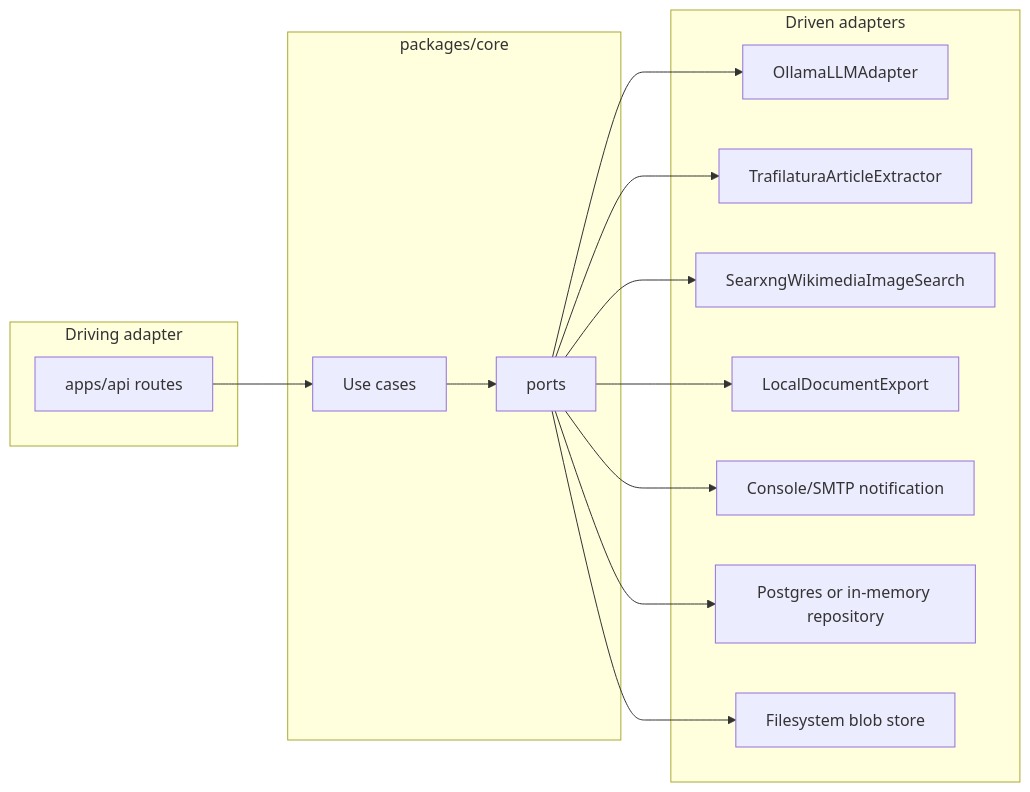
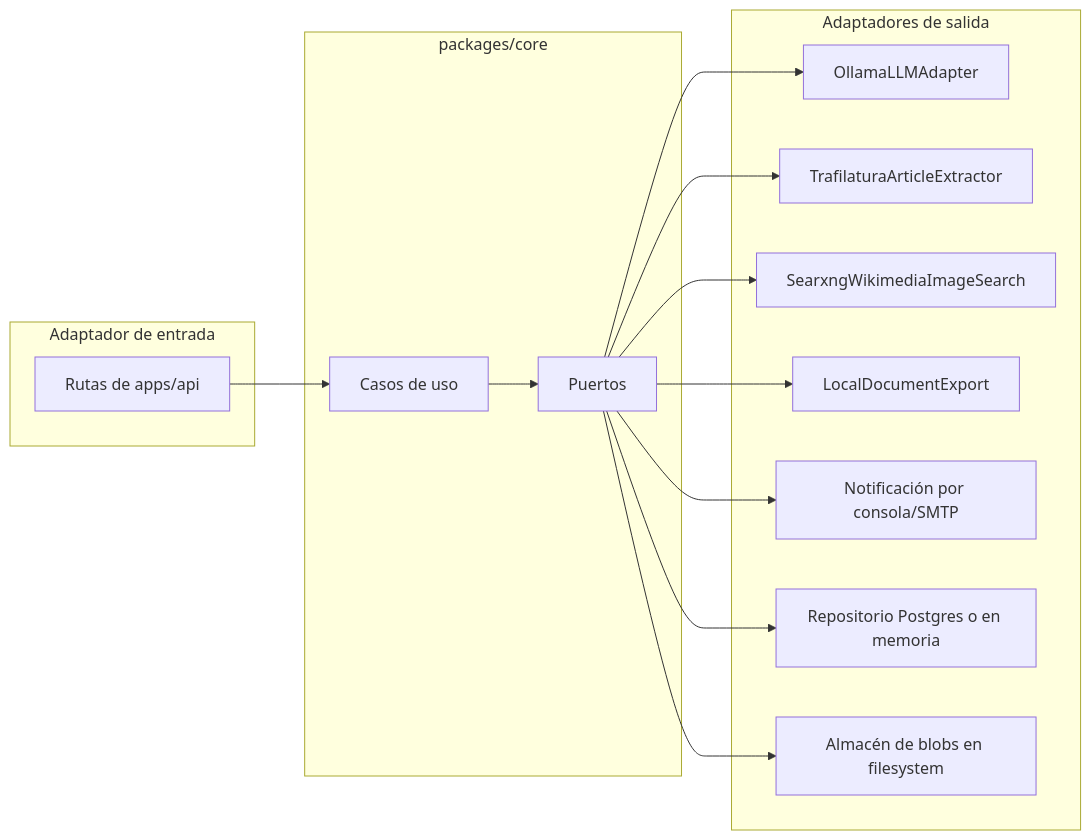
One commit to Eduardo12Pacheco/automatizacion-video-noticias changed the second of 2 diagrams in docs/ARCHITECTURE.md. Above: the diagram before and after it, drawn with Mermaid. The commit also changed other lines of this file and 23 other files, not shown here.

````diff
--- a/docs/ARCHITECTURE.md
+++ b/docs/ARCHITECTURE.md
@@ -105,31 +107,31 @@
 ```mermaid
 flowchart LR
-    subgraph Driving["Driving adapter"]
-        HTTP["apps/api routes"]
+    subgraph Driving["Adaptador de entrada"]
+        HTTP["Rutas de apps/api"]
     end
 
     subgraph Core["packages/core"]
-        UC["Use cases"]
-        P["ports"]
+        UC["Casos de uso"]
+        P["Puertos"]
     end
 
-    subgraph Driven["Driven adapters"]
+    subgraph Driven["Adaptadores de salida"]
         Ollama["OllamaLLMAdapter"]
         Extract["TrafilaturaArticleExtractor"]
         Search["SearxngWikimediaImageSearch"]
         Export["LocalDocumentExport"]
-        Mail["Console/SMTP notification"]
-        Repo["Postgres or in-memory repository"]
-        Blob["Filesystem blob store"]
+        Mail["Notificación por consola/SMTP"]
+        Repo["Repositorio Postgres o en memoria"]
+        Blob["Almacén de blobs en filesystem"]
     end
 
     HTTP --> UC
     UC --> P
     P --> Ollama
     P --> Extract
     P --> Search
     P --> Export
     P --> Mail
     P --> Repo
     P --> Blob
 ```
````
